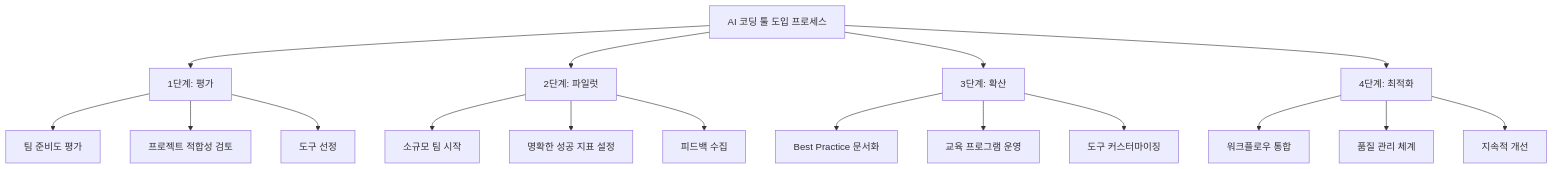
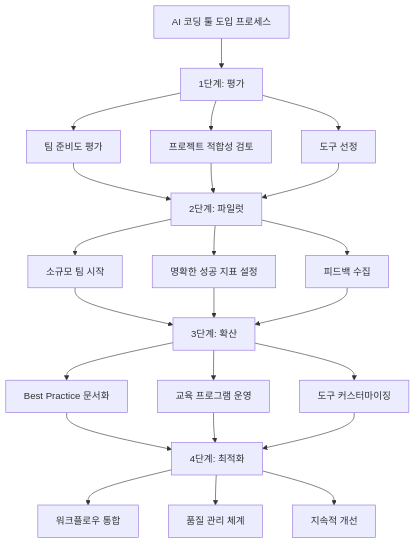
One commit to parklabo/parklabo.github.io changed the fifth of 6 diagrams in _posts/2025-07-23-ai-coding-tools-development-process.markdown. Above: the diagram before and after it, drawn with Mermaid.

Commit message:
feat: AI 코딩 툴 도입 프로세스 플로우차트 개선

````diff
--- a/_posts/2025-07-23-ai-coding-tools-development-process.markdown
+++ b/_posts/2025-07-23-ai-coding-tools-development-process.markdown
@@ -133,22 +133,33 @@
 ```mermaid
 flowchart TD
-    A[AI 코딩 툴 도입 프로세스] --> B[1단계: 평가]
+    A[AI 코딩 툴 도입 프로세스]
+    A --> B[1단계: 평가]
+    
     B --> B1[팀 준비도 평가]
     B --> B2[프로젝트 적합성 검토]
     B --> B3[도구 선정]
     
-    A --> C[2단계: 파일럿]
+    B1 --> C[2단계: 파일럿]
+    B2 --> C
+    B3 --> C
+    
     C --> C1[소규모 팀 시작]
     C --> C2[명확한 성공 지표 설정]
     C --> C3[피드백 수집]
     
-    A --> D[3단계: 확산]
+    C1 --> D[3단계: 확산]
+    C2 --> D
+    C3 --> D
+    
     D --> D1[Best Practice 문서화]
     D --> D2[교육 프로그램 운영]
     D --> D3[도구 커스터마이징]
     
-    A --> E[4단계: 최적화]
+    D1 --> E[4단계: 최적화]
+    D2 --> E
+    D3 --> E
+    
     E --> E1[워크플로우 통합]
     E --> E2[품질 관리 체계]
     E --> E3[지속적 개선]
 ```
````
